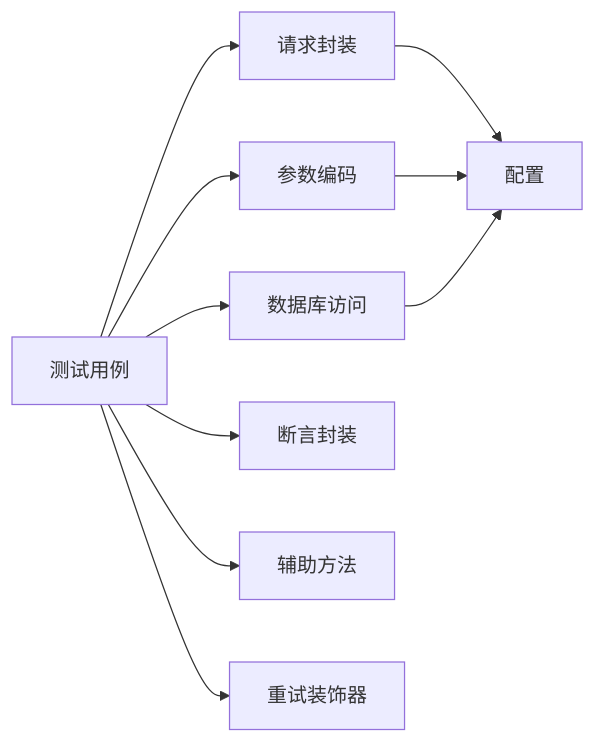
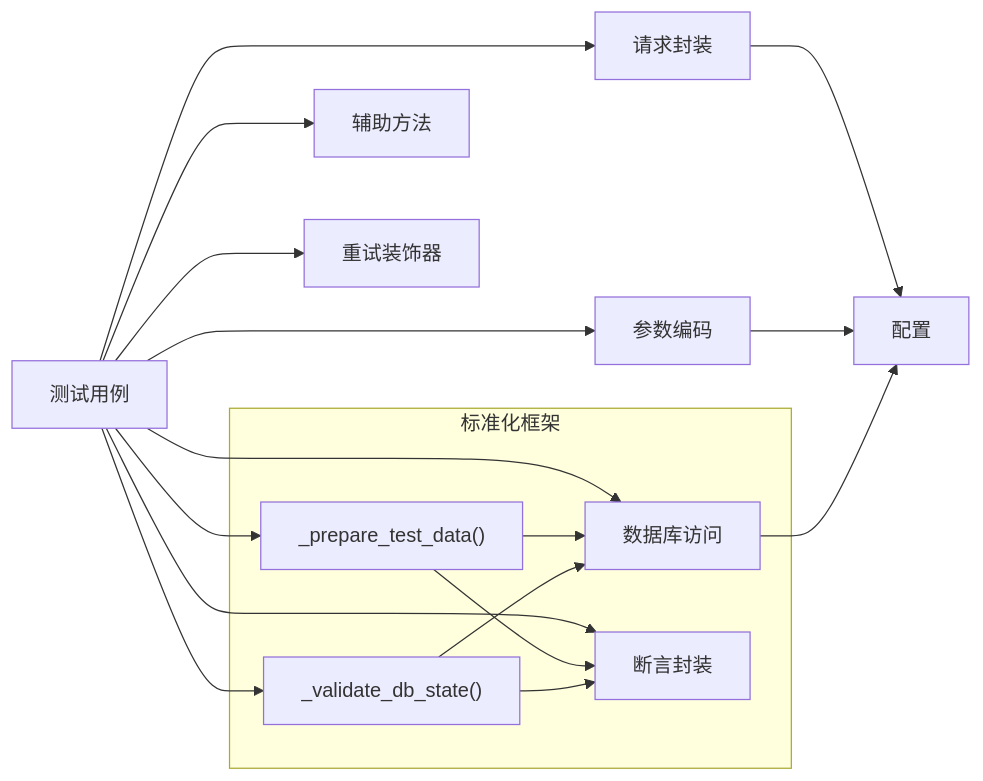
One commit to liximing1-ola/qa-payTest changed the third of 3 diagrams in .qoder/repowiki/zh/content/支付测试用例/金币支付测试.md. Above: the diagram before and after it, drawn with Mermaid. The commit also changed other lines of this file and 14 other files, not shown here.

````diff
--- a/.qoder/repowiki/zh/content/支付测试用例/金币支付测试.md
+++ b/.qoder/repowiki/zh/content/支付测试用例/金币支付测试.md
@@ -286,12 +325,22 @@
 ```mermaid
 graph LR
 TC["测试用例"] --> ENC["参数编码"]
 TC --> REQ["请求封装"]
 TC --> DB["数据库访问"]
 TC --> ASS["断言封装"]
 TC --> MTH["辅助方法"]
 TC --> RET["重试装饰器"]
 REQ --> CFG["配置"]
 ENC --> CFG
 DB --> CFG
+subgraph "标准化框架"
+PREP["_prepare_test_data()"]
+VAL["_validate_db_state()"]
+PREP --> DB
+VAL --> DB
+PREP --> ASS
+VAL --> ASS
+end
+TC --> PREP
+TC --> VAL
 ```
````
